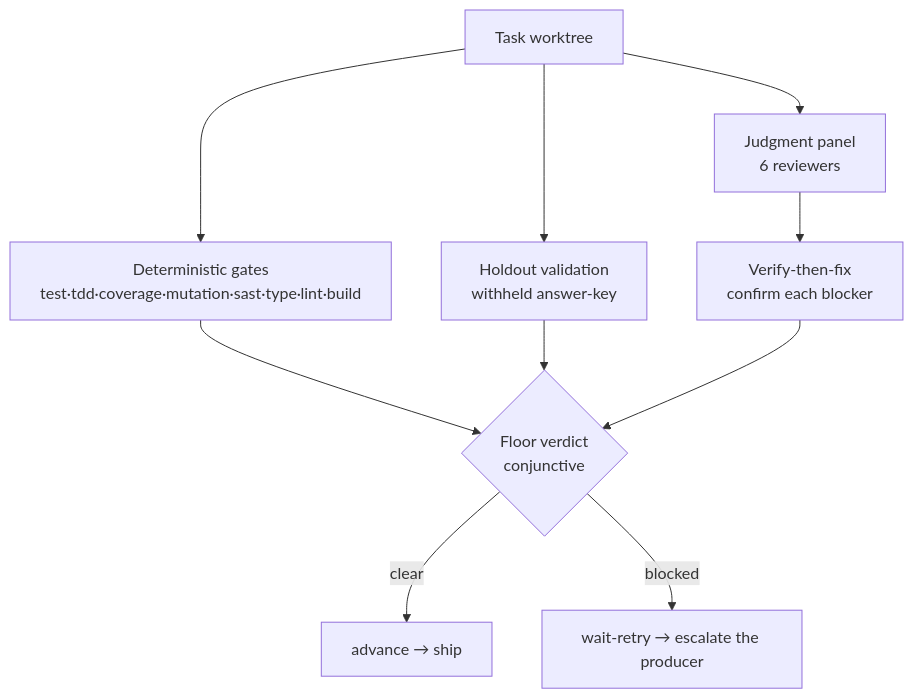
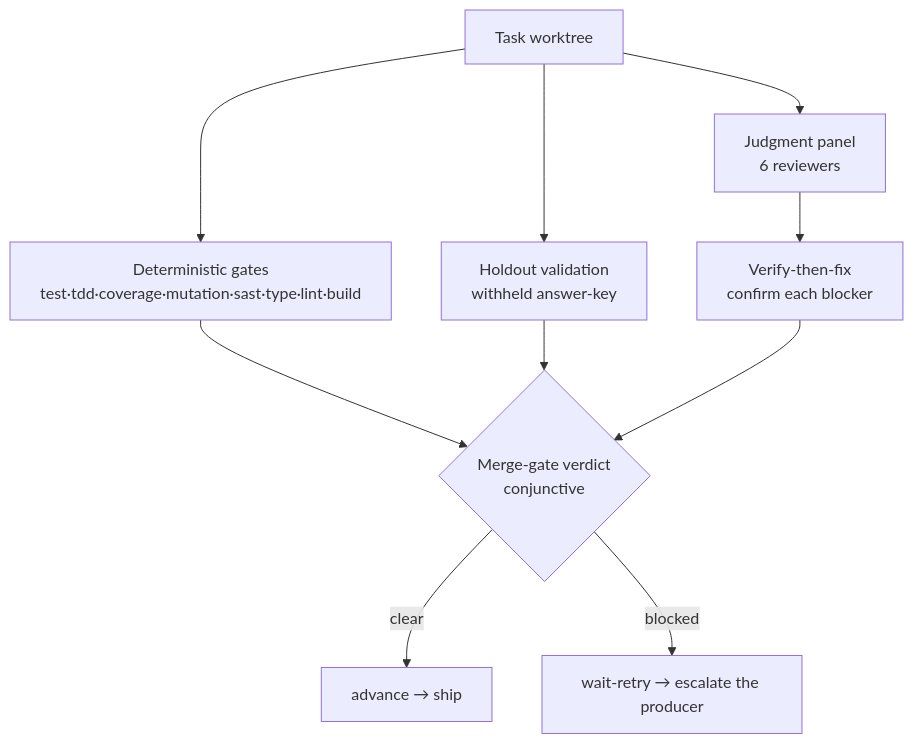
One commit to jfa94/factory changed the diagram in docs/explanation/verifier.md. Above: the diagram before and after it, drawn with Mermaid. The commit also changed other lines of this file and 56 other files, not shown here.

First line of the commit message:
refactor: rename "verifier floor" → "merge gate"

````diff
--- a/docs/explanation/verifier.md
+++ b/docs/explanation/verifier.md
@@ -11,12 +11,12 @@
 ```mermaid
 graph TD
   W[Task worktree] --> Gates[Deterministic gates<br/>test·tdd·coverage·mutation·sast·type·lint·build]
   W --> Holdout[Holdout validation<br/>withheld answer-key]
   W --> Panel[Judgment panel<br/>6 reviewers]
-  Gates --> Floor{Floor verdict<br/>conjunctive}
-  Holdout --> Floor
+  Gates --> MergeGate{Merge-gate verdict<br/>conjunctive}
+  Holdout --> MergeGate
   Panel --> VtF[Verify-then-fix<br/>confirm each blocker]
-  VtF --> Floor
-  Floor -->|clear| Ship[advance → ship]
-  Floor -->|blocked| Ladder[wait-retry → escalate the producer]
+  VtF --> MergeGate
+  MergeGate -->|clear| Ship[advance → ship]
+  MergeGate -->|blocked| Ladder[wait-retry → escalate the producer]
 ```
````
